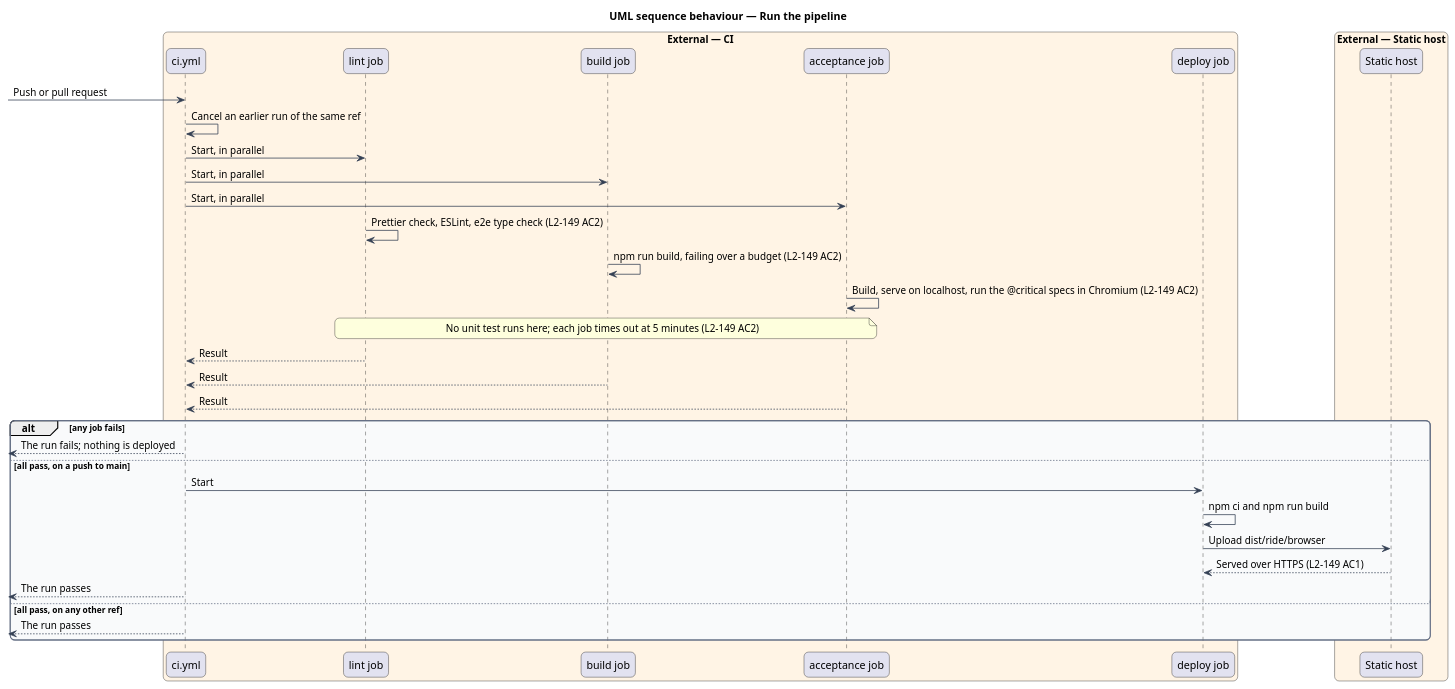
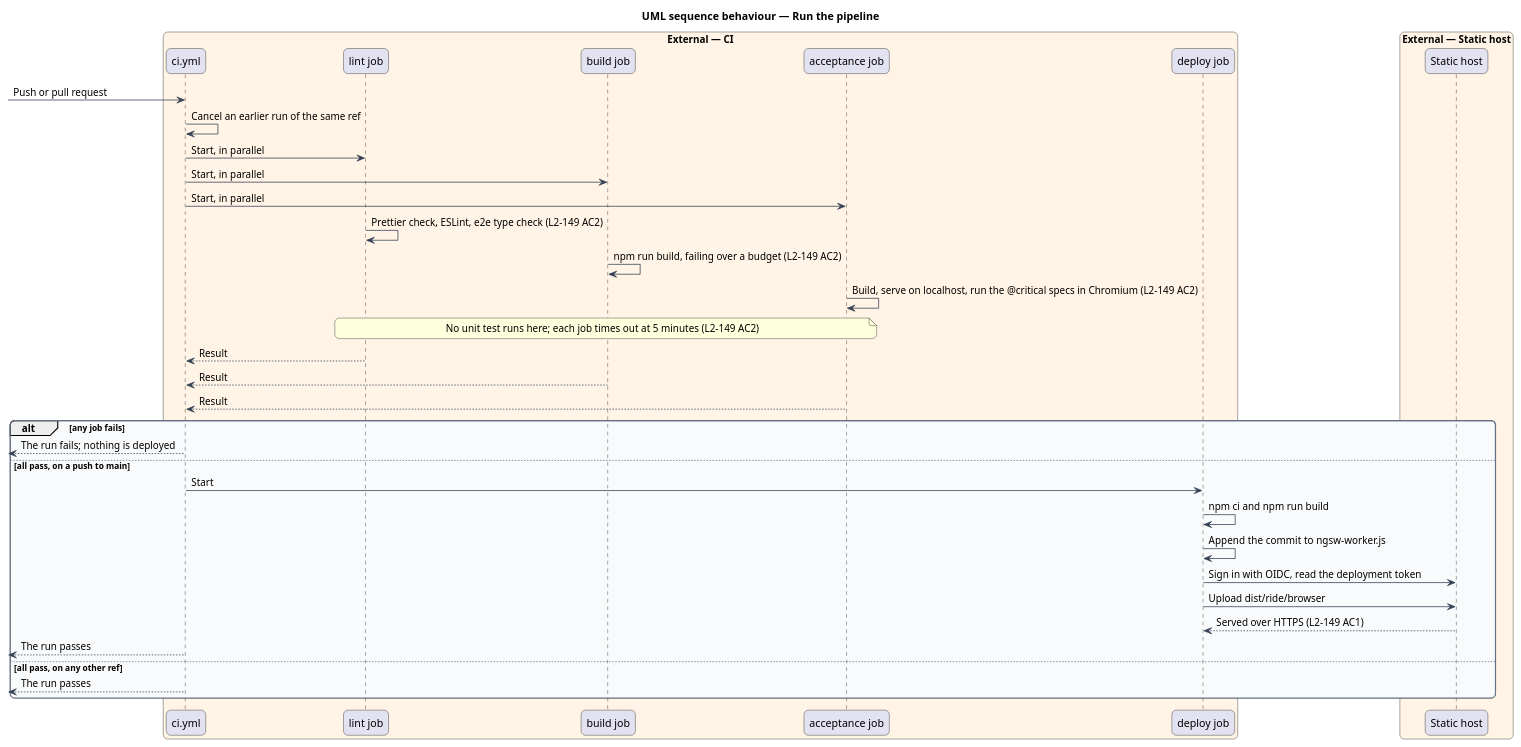
The diagram in docs/detailed-designs/platform/host-and-deliver/diagrams/sequence-run-the-pipeline.puml (QuinntyneBrown/ride-one), drawn with PlantUML before and after one commit. The commit also changed 143 other files, not shown here.

```diff
--- a/docs/detailed-designs/platform/host-and-deliver/diagrams/sequence-run-the-pipeline.puml
+++ b/docs/detailed-designs/platform/host-and-deliver/diagrams/sequence-run-the-pipeline.puml
@@ -1,50 +1,52 @@
 @startuml
 title UML sequence behaviour — Run the pipeline
 skinparam backgroundColor #FFFFFF
 skinparam shadowing false
 skinparam roundcorner 12
 skinparam defaultFontName Arial
 skinparam ArrowColor #344054
 skinparam rectangle {
   BorderColor #344054
   FontColor #101828
 }
 skinparam package {
   BorderColor #667085
   FontColor #101828
   BackgroundColor #F9FAFB
 }
 box "External — CI" #FFF4E5
   participant "ci.yml" as ci
   participant "lint job" as lint
   participant "build job" as build
   participant "acceptance job" as accept
   participant "deploy job" as deploy
 end box
 box "External — Static host" #FFF4E5
   participant "Static host" as host
 end box
 [-> ci : Push or pull request
 ci -> ci : Cancel an earlier run of the same ref
 ci -> lint : Start, in parallel
 ci -> build : Start, in parallel
 ci -> accept : Start, in parallel
 lint -> lint : Prettier check, ESLint, e2e type check (L2-149 AC2)
 build -> build : npm run build, failing over a budget (L2-149 AC2)
 accept -> accept : Build, serve on localhost, run the @critical specs in Chromium (L2-149 AC2)
 note over lint, accept : No unit test runs here; each job times out at 5 minutes (L2-149 AC2)
 lint --> ci : Result
 build --> ci : Result
 accept --> ci : Result
 alt any job fails
   [<-- ci : The run fails; nothing is deployed
 else all pass, on a push to main
   ci -> deploy : Start
   deploy -> deploy : npm ci and npm run build
+  deploy -> deploy : Append the commit to ngsw-worker.js
+  deploy -> host : Sign in with OIDC, read the deployment token
   deploy -> host : Upload dist/ride/browser
   host --> deploy : Served over HTTPS (L2-149 AC1)
   [<-- ci : The run passes
 else all pass, on any other ref
   [<-- ci : The run passes
 end
 @enduml
```
